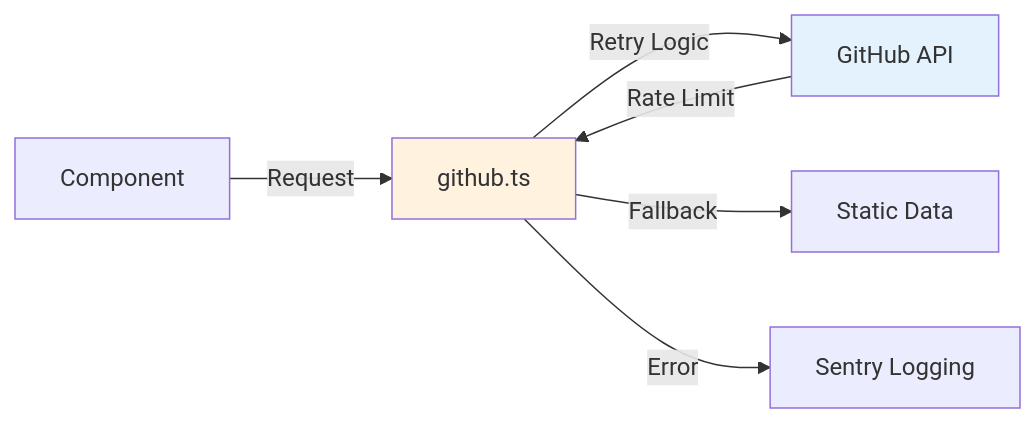
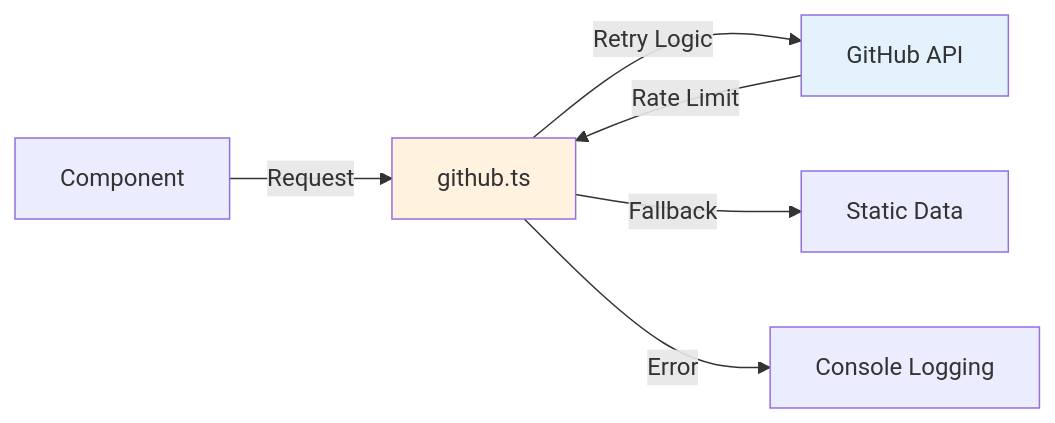
One commit to IIUMstudent/Awesome-IIUM changed the sixth of 13 diagrams in ARCHITECTURE.md. Above: the diagram before and after it, drawn with Mermaid. The commit also changed other lines of this file and 16 other files, not shown here.

````diff
--- a/ARCHITECTURE.md
+++ b/ARCHITECTURE.md
@@ -380,11 +375,11 @@
 ```mermaid
 graph LR
     Component[Component] -->|Request| Utils[github.ts]
     Utils -->|Retry Logic| API[GitHub API]
     API -->|Rate Limit| Utils
     Utils -->|Fallback| Static[Static Data]
-    Utils -->|Error| Sentry[Sentry Logging]
+    Utils -->|Error| Log[Console Logging]
     
     style Utils fill:#fff3e0
     style API fill:#e3f2fd
 ```
````
